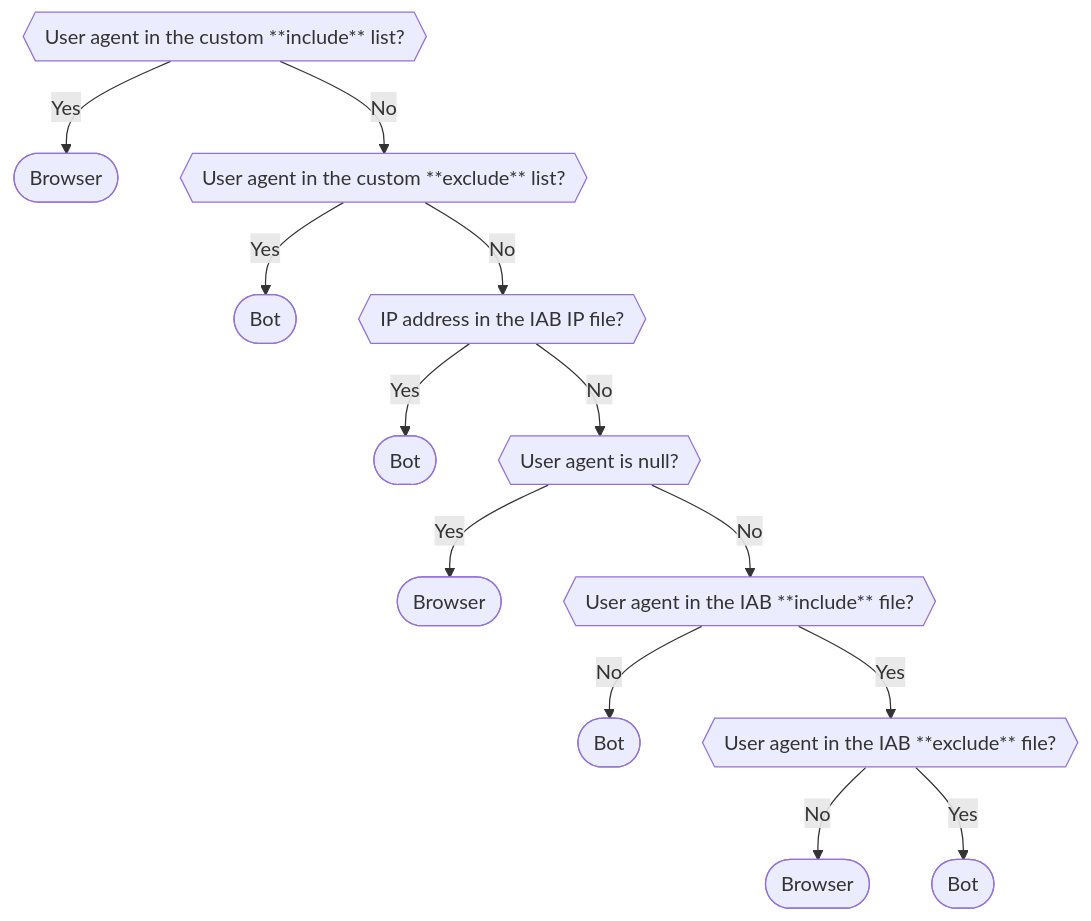
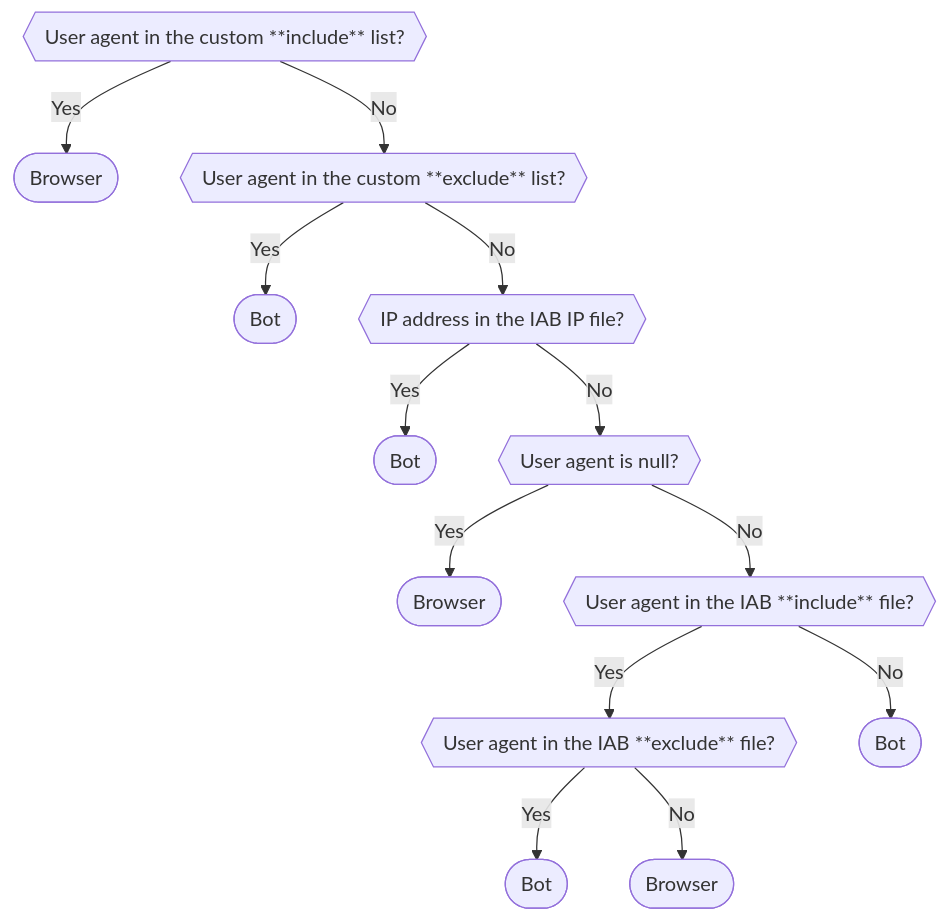
The diagram in docs/pipeline/enrichments/available-enrichments/iab-enrichment/index.md (snowplow/documentation), drawn with Mermaid before and after one commit. The commit also changed other lines of this file, not shown here.

Commit message:
Consistently order yes/no

````diff
--- a/docs/pipeline/enrichments/available-enrichments/iab-enrichment/index.md
+++ b/docs/pipeline/enrichments/available-enrichments/iab-enrichment/index.md
@@ -21,17 +21,17 @@
 ```mermaid
 flowchart TD
   IncList{{User agent in the custom **include** list?}}:::nowrap
   IncList -->|Yes| Browser1([Browser])
   IncList -->|No| ExcList{{User agent in the custom **exclude** list?}}:::nowrap
   ExcList -->|Yes| Bot1([Bot])
   ExcList -->|No| IpFile{{IP address in the IAB IP file?}}:::nowrap
   IpFile -->|Yes| Bot2([Bot])
   IpFile -->|No| NullUA{{User agent is null?}}:::nowrap
   NullUA -->|Yes| Browser2([Browser])
   NullUA -->|No| IncFile{{User agent in the IAB **include** file?}}:::nowrap
+  IncFile -->|Yes| ExcFile{{User agent in the IAB **exclude** file?}}:::nowrap
   IncFile -->|No| Bot3([Bot])
-  IncFile -->|Yes| ExcFile{{User agent in the IAB **exclude** file?}}:::nowrap
+  ExcFile -->|Yes| Bot4([Bot])
   ExcFile -->|No| Browser3([Browser])
-  ExcFile -->|Yes| Bot4([Bot])
   classDef nowrap white-space:nowrap
 ```
````
